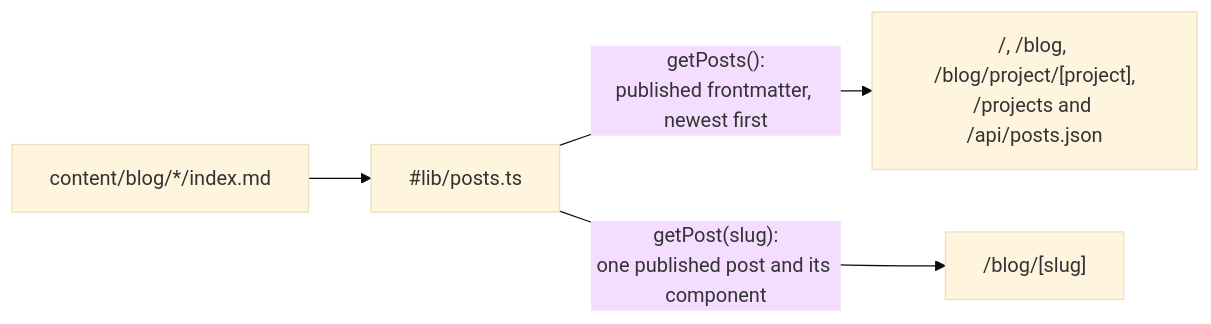
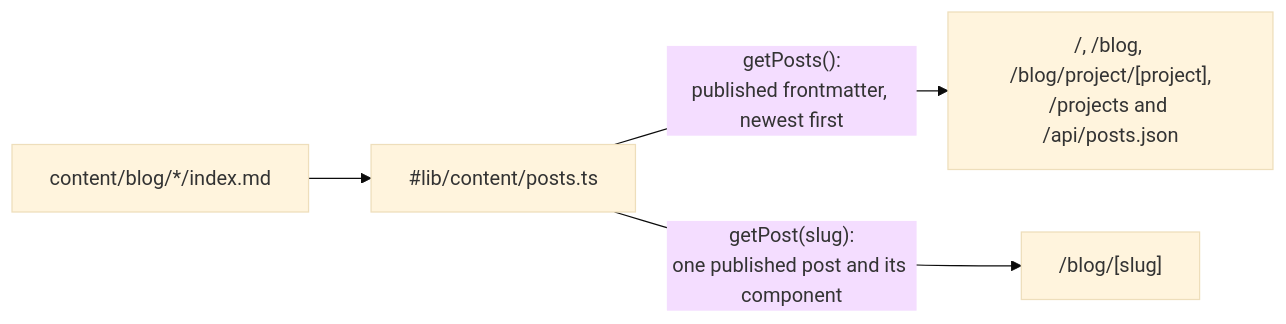
One commit to matus-barta/personal-web changed the diagram in .claude/architecture.md. Above: the diagram before and after it, drawn with Mermaid (base theme). The commit also changed other lines of this file and 38 other files, not shown here.

First line of the commit message:
structure : the content readers in lib/content/, the nav in components/nav/

````diff
--- a/.claude/architecture.md
+++ b/.claude/architecture.md
@@ -45,6 +45,6 @@
 ```mermaid
 flowchart LR
-    md["content/blog/*/index.md"] --> reader["#lib/posts.ts"]
+    md["content/blog/*/index.md"] --> reader["#lib/content/posts.ts"]
     reader -- "getPosts():<br/>published frontmatter, newest first" --> list["/, /blog, /blog/project/[project],<br/>/projects and /api/posts.json"]
     reader -- "getPost(slug):<br/>one published post and its component" --> post["/blog/[slug]"]
 ```
````
